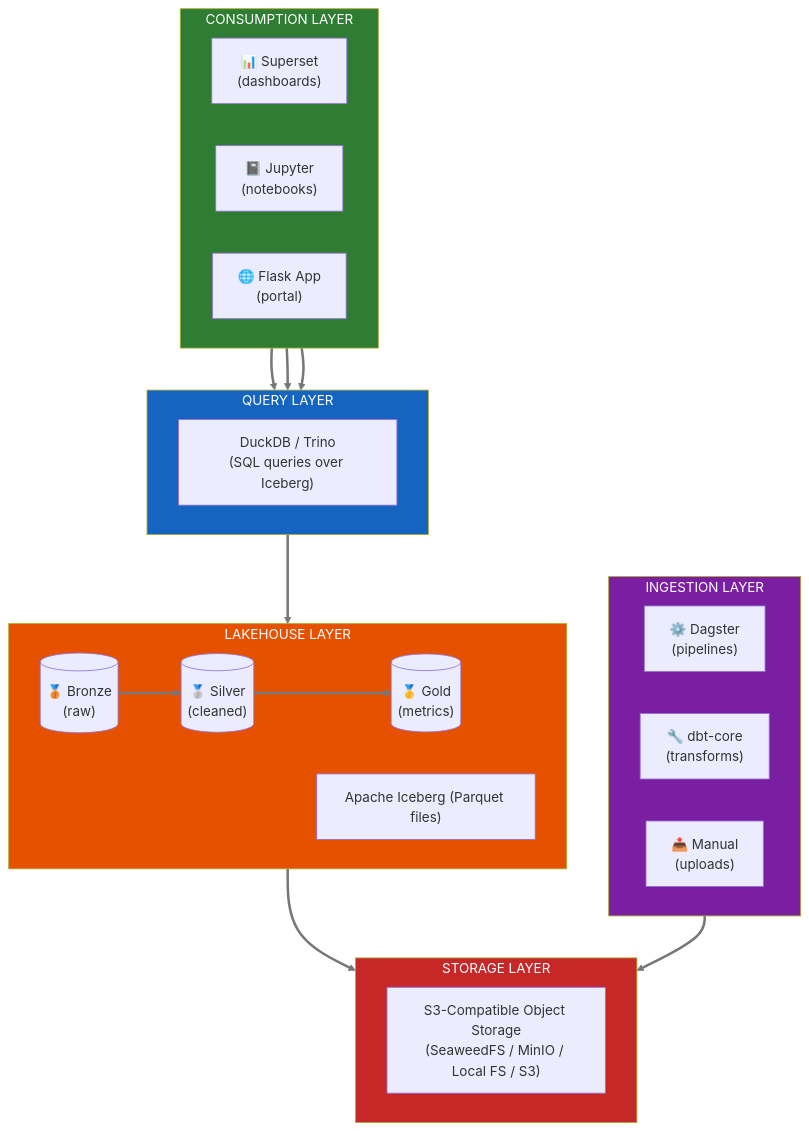
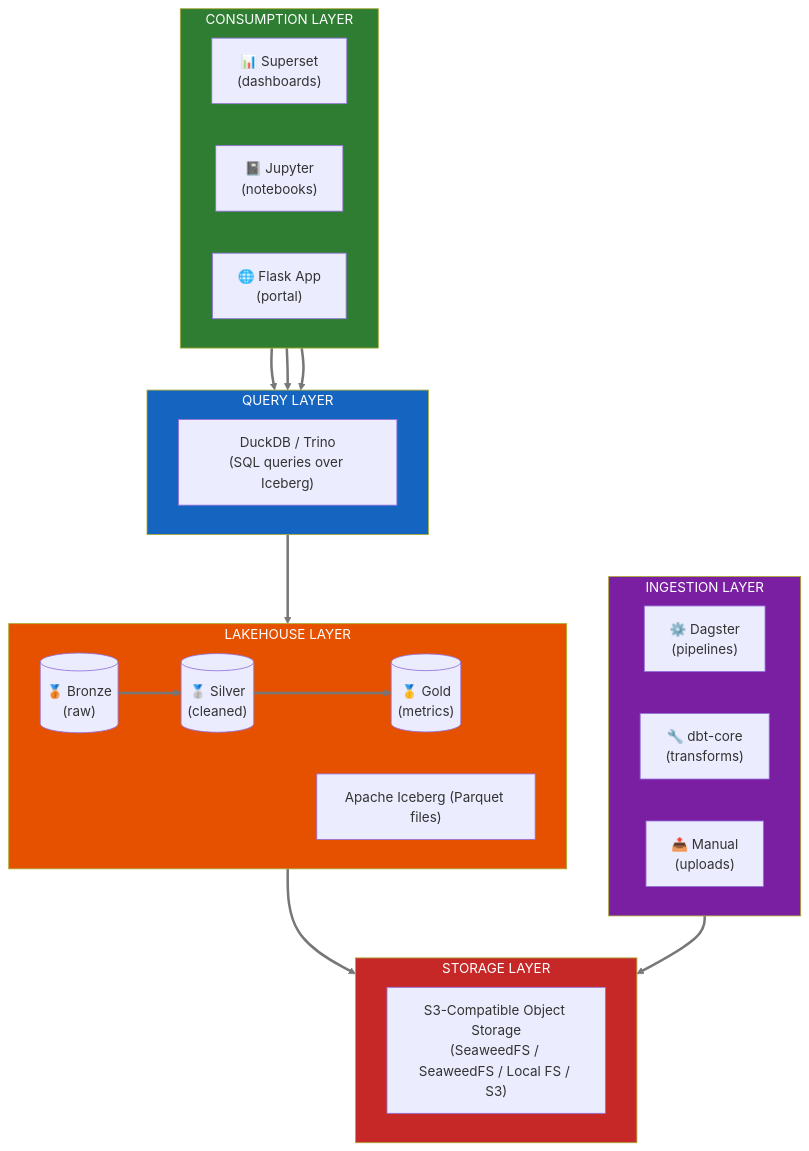
One commit to benjaminbooth/neutron-os-core changed the diagram in docs/requirements/adr-003-lakehouse-iceberg-duckdb-superset.md. Above: the diagram before and after it, drawn with Mermaid. The commit also changed 20 other files, not shown here.

````diff
--- a/docs/requirements/adr-003-lakehouse-iceberg-duckdb-superset.md
+++ b/docs/requirements/adr-003-lakehouse-iceberg-duckdb-superset.md
@@ -45,48 +45,48 @@
 ```mermaid
 flowchart TB
     subgraph CONSUMPTION["CONSUMPTION LAYER"]
         direction LR
         SS["📊 Superset<br/>(dashboards)"]
         JUP["📓 Jupyter<br/>(notebooks)"]
         FLASK["🌐 Flask App<br/>(portal)"]
     end
     
     subgraph QUERY["QUERY LAYER"]
         DUCK["DuckDB / Trino<br/>(SQL queries over Iceberg)"]
     end
     
     subgraph LAKEHOUSE["LAKEHOUSE LAYER"]
         direction LR
         BRONZE[("🥉 Bronze<br/>(raw)")]
         SILVER[("🥈 Silver<br/>(cleaned)")]
         GOLD[("🥇 Gold<br/>(metrics)")]
         
         BRONZE --> SILVER --> GOLD
         ICE["Apache Iceberg (Parquet files)"]
     end
     
     subgraph STORAGE["STORAGE LAYER"]
-        S3["S3-Compatible Object Storage<br/>(SeaweedFS / MinIO / Local FS / S3)"]
+        S3["S3-Compatible Object Storage<br/>(SeaweedFS / SeaweedFS / Local FS / S3)"]
     end
     
     subgraph INGESTION["INGESTION LAYER"]
         direction LR
         DAG["⚙️ Dagster<br/>(pipelines)"]
         DBT["🔧 dbt-core<br/>(transforms)"]
         MAN["📤 Manual<br/>(uploads)"]
     end
     
     SS --> QUERY
     JUP --> QUERY
     FLASK --> QUERY
     QUERY --> LAKEHOUSE
     LAKEHOUSE --> STORAGE
     INGESTION --> STORAGE
     
     style CONSUMPTION fill:#2e7d32,color:#fff
     style QUERY fill:#1565c0,color:#fff
     style LAKEHOUSE fill:#e65100,color:#fff
     style STORAGE fill:#c62828,color:#fff
     style INGESTION fill:#7b1fa2,color:#fff
     linkStyle default stroke:#777777,stroke-width:3px
 ```
````
